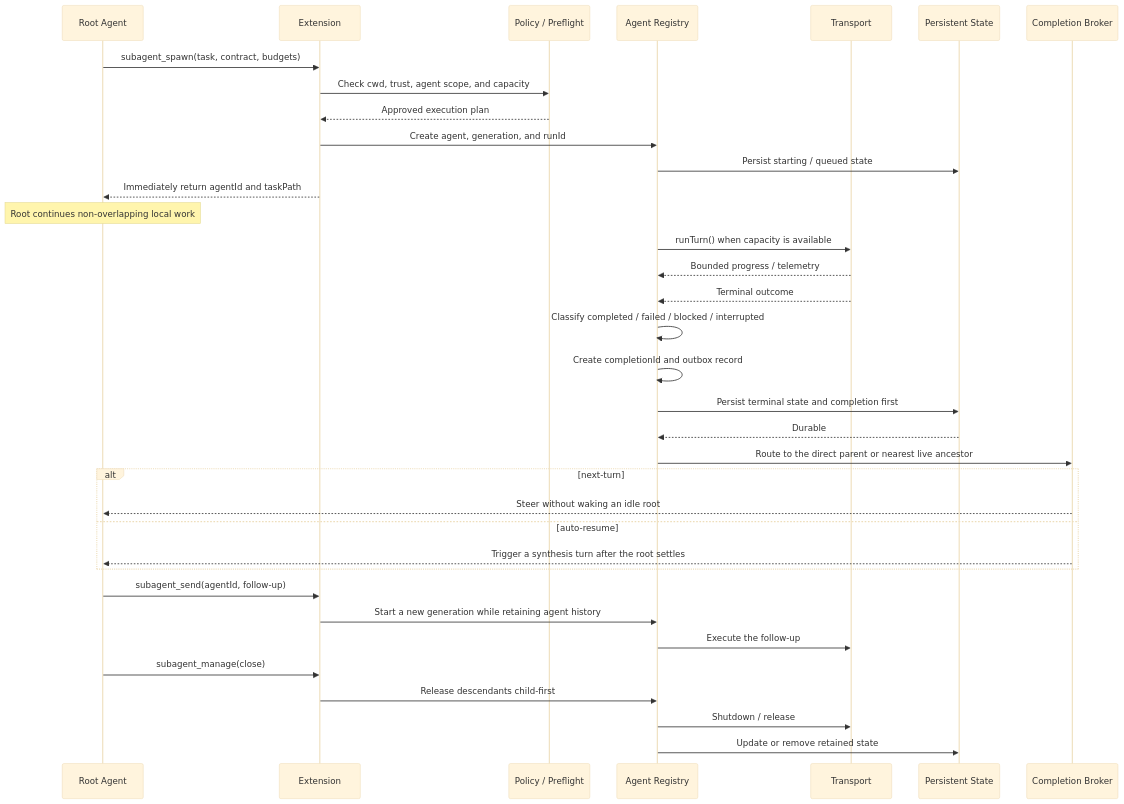
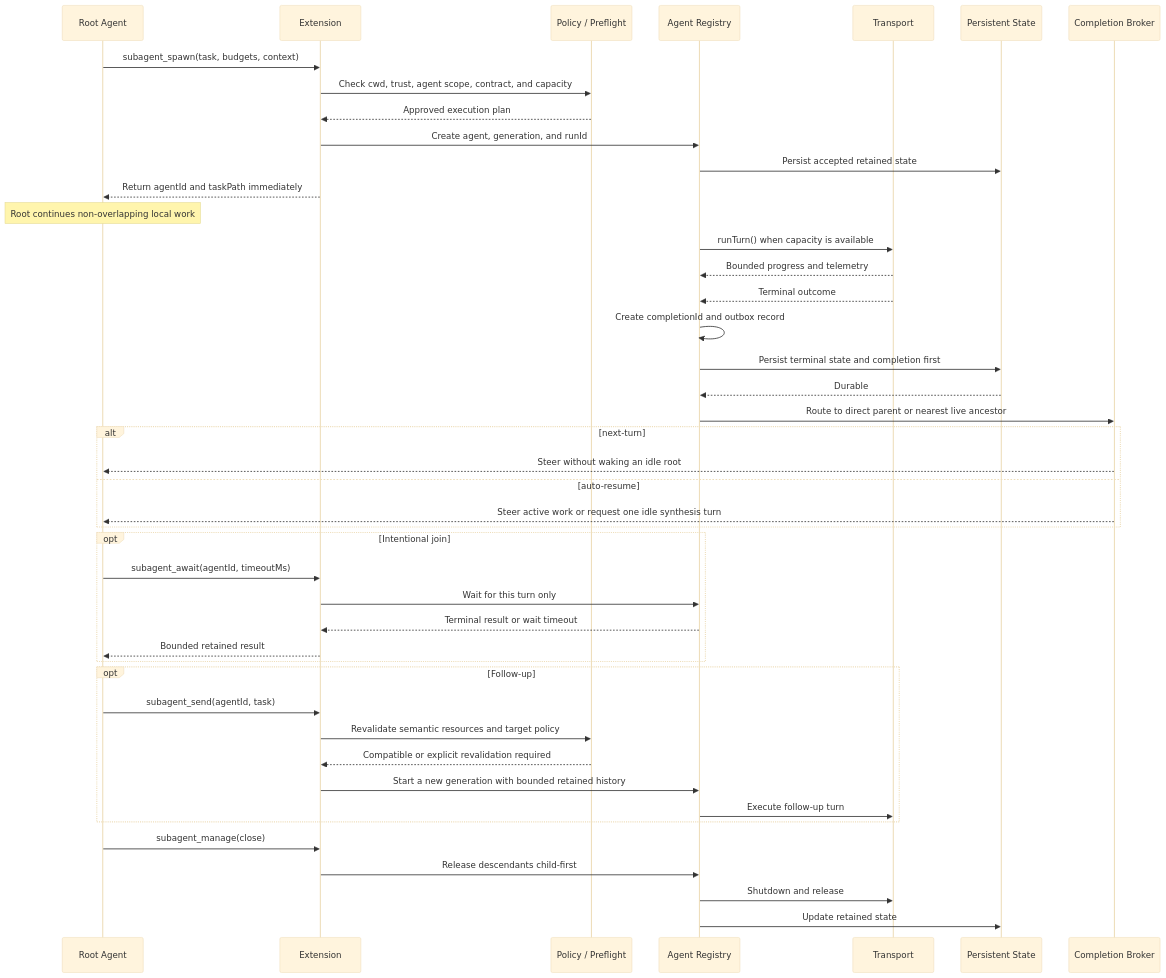
One commit to Ptilopsi4/pi-extensions changed the second of 3 diagrams in packages/pi-subagents/docs/pi-subagents-diagrams.md. Above: the diagram before and after it, drawn with Mermaid (base theme). The commit also changed other lines of this file and 118 other files, not shown here.

````diff
--- a/packages/pi-subagents/docs/pi-subagents-diagrams.md
+++ b/packages/pi-subagents/docs/pi-subagents-diagrams.md
@@ -52,45 +49,53 @@
 ```mermaid
 sequenceDiagram
     participant R as Root Agent
     participant E as Extension
     participant P as Policy / Preflight
     participant G as Agent Registry
     participant T as Transport
     participant S as Persistent State
     participant D as Completion Broker
 
-    R->>E: subagent_spawn(task, contract, budgets)
-    E->>P: Check cwd, trust, agent scope, and capacity
+    R->>E: subagent_spawn(task, budgets, context)
+    E->>P: Check cwd, trust, agent scope, contract, and capacity
     P-->>E: Approved execution plan
     E->>G: Create agent, generation, and runId
-    G->>S: Persist starting / queued state
-    E-->>R: Immediately return agentId and taskPath
+    G->>S: Persist accepted retained state
+    E-->>R: Return agentId and taskPath immediately
 
     Note over R: Root continues non-overlapping local work
 
     G->>T: runTurn() when capacity is available
-    T-->>G: Bounded progress / telemetry
+    T-->>G: Bounded progress and telemetry
     T-->>G: Terminal outcome
-
-    G->>G: Classify completed / failed / blocked / interrupted
     G->>G: Create completionId and outbox record
     G->>S: Persist terminal state and completion first
     S-->>G: Durable
-
-    G->>D: Route to the direct parent or nearest live ancestor
+    G->>D: Route to direct parent or nearest live ancestor
 
     alt next-turn
         D-->>R: Steer without waking an idle root
     else auto-resume
-        D-->>R: Trigger a synthesis turn after the root settles
+        D-->>R: Steer active work or request one idle synthesis turn
     end
 
-    R->>E: subagent_send(agentId, follow-up)
-    E->>G: Start a new generation while retaining agent history
-    G->>T: Execute the follow-up
+    opt Intentional join
+        R->>E: subagent_await(agentId, timeoutMs)
+        E->>G: Wait for this turn only
+        G-->>E: Terminal result or wait timeout
+        E-->>R: Bounded retained result
+    end
+
+    opt Follow-up
+        R->>E: subagent_send(agentId, task)
+        E->>P: Revalidate semantic resources and target policy
+        P-->>E: Compatible or explicit revalidation required
+        E->>G: Start a new generation with bounded retained history
+        G->>T: Execute follow-up turn
+    end
 
     R->>E: subagent_manage(close)
     E->>G: Release descendants child-first
-    G->>T: Shutdown / release
-    G->>S: Update or remove retained state
+    G->>T: Shutdown and release
+    G->>S: Update retained state
 ```
````
